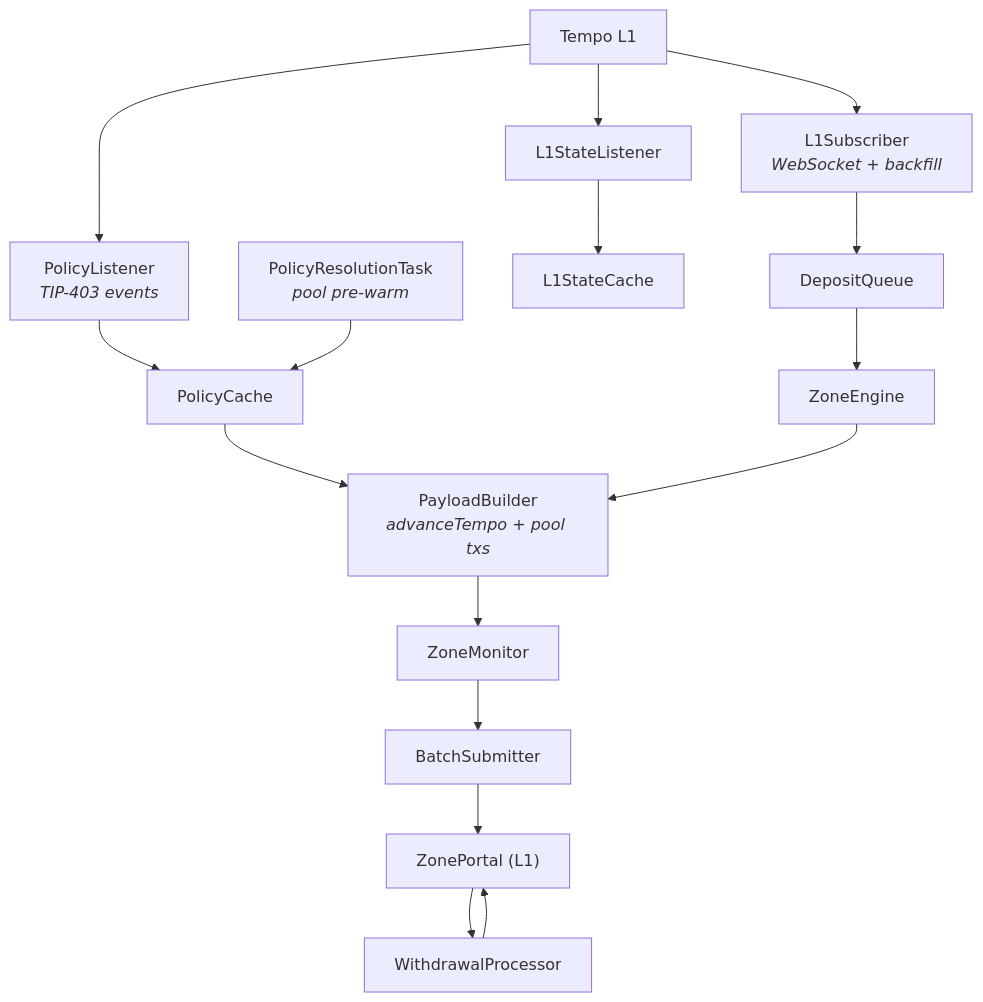
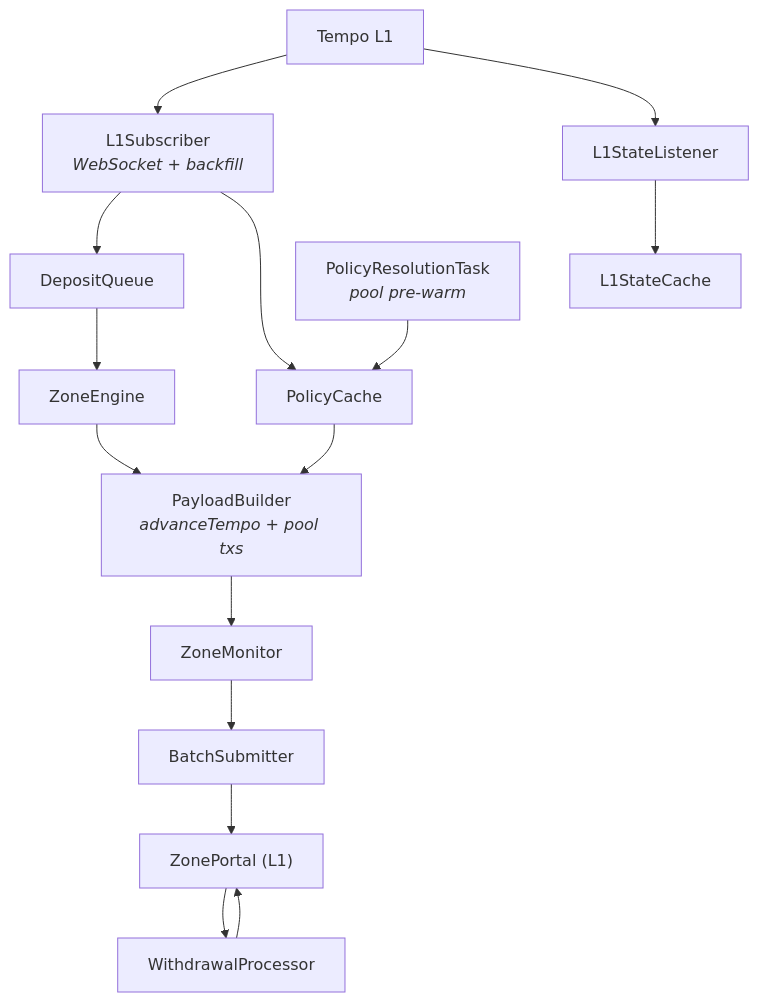
One commit to tempoxyz/zones changed the diagram in crates/tempo-zone/README.md. Above: the diagram before and after it, drawn with Mermaid. The commit also changed other lines of this file and 8 other files, not shown here.

````diff
--- a/crates/tempo-zone/README.md
+++ b/crates/tempo-zone/README.md
@@ -15,36 +15,34 @@
 ```mermaid
 graph TD
     L1["Tempo L1"]
 
     L1Sub["L1Subscriber<br/><i>WebSocket + backfill</i>"]
     L1Listen["L1StateListener"]
-    PolicyListen["PolicyListener<br/><i>TIP-403 events</i>"]
     DQ["DepositQueue"]
     Cache["L1StateCache"]
     PolicyCache["PolicyCache"]
 
     Engine["ZoneEngine"]
     Builder["PayloadBuilder<br/><i>advanceTempo + pool txs</i>"]
     PolicyPrefetch["PolicyResolutionTask<br/><i>pool pre-warm</i>"]
 
     Monitor["ZoneMonitor"]
     Batch["BatchSubmitter"]
     WProc["WithdrawalProcessor"]
     Portal["ZonePortal (L1)"]
 
     L1 --> L1Sub
     L1 --> L1Listen
-    L1 --> PolicyListen
     L1Sub --> DQ
+    L1Sub --> PolicyCache
     L1Listen --> Cache
-    PolicyListen --> PolicyCache
     PolicyCache --> Builder
     PolicyPrefetch --> PolicyCache
     DQ --> Engine
     Engine --> Builder
     Builder --> Monitor
     Monitor --> Batch
     Batch --> Portal
     Portal --> WProc
     WProc --> Portal
 ```
````
